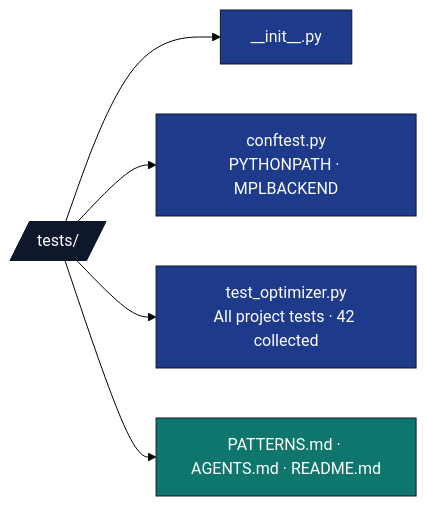
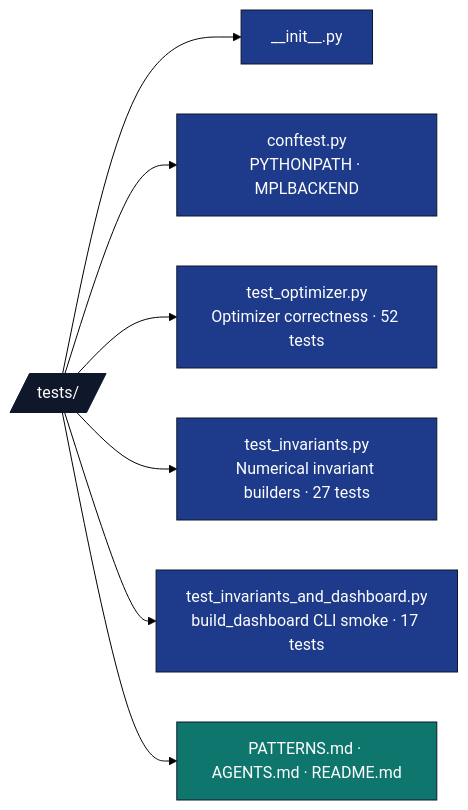
The diagram in projects/template_code_project/tests/AGENTS.md (docxology/template), drawn with Mermaid (forest theme) before and after one commit. The commit also changed 164 other files, not shown here.

````diff
--- a/projects/template_code_project/tests/AGENTS.md
+++ b/projects/template_code_project/tests/AGENTS.md
@@ -16,15 +16,17 @@
 ```mermaid
 flowchart LR
     T[/tests//]
     T --> INIT[__init__.py]
     T --> CFG[conftest.py<br/>PYTHONPATH · MPLBACKEND]
-    T --> TEST[test_optimizer.py<br/>All project tests · 42 collected]
+    T --> TEST[test_optimizer.py<br/>Optimizer correctness · 52 tests]
+    T --> TINV[test_invariants.py<br/>Numerical invariant builders · 27 tests]
+    T --> TIDA[test_invariants_and_dashboard.py<br/>build_dashboard CLI smoke · 17 tests]
     T --> DOCS[PATTERNS.md · AGENTS.md · README.md]
 
     classDef d fill:#0f172a,stroke:#0f172a,color:#fff
     classDef code fill:#1e3a8a,stroke:#0f172a,color:#fff
     classDef doc fill:#0f766e,stroke:#0f172a,color:#fff
     class T d
-    class INIT,CFG,TEST code
+    class INIT,CFG,TEST,TINV,TIDA code
     class DOCS doc
 ```
````
